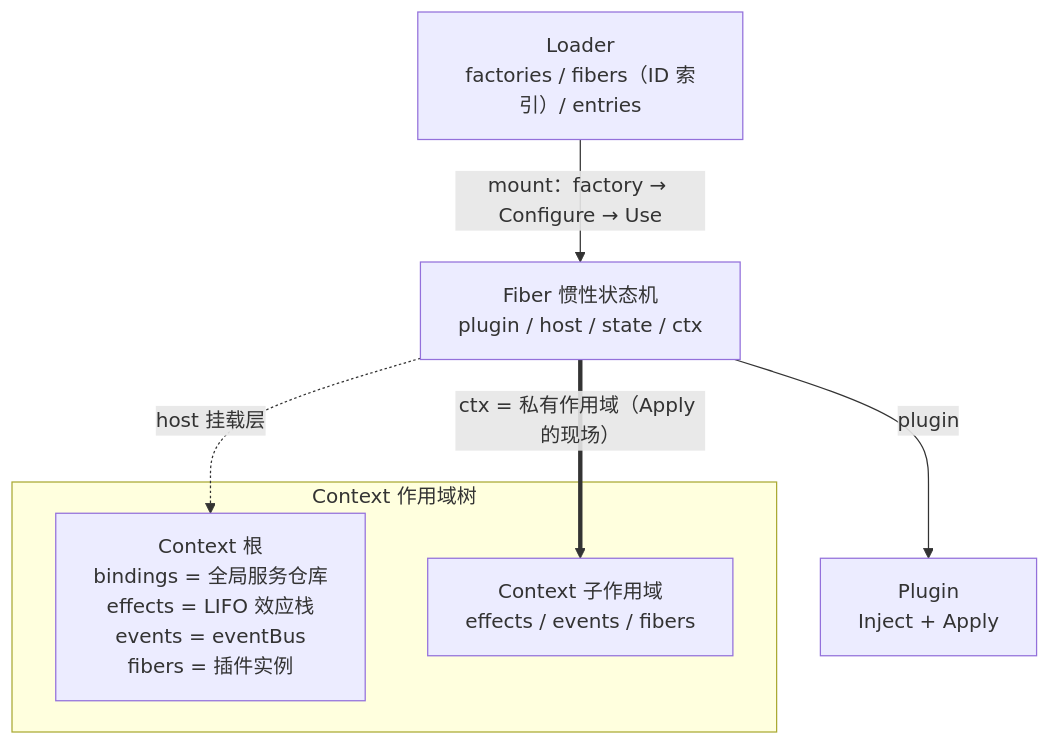
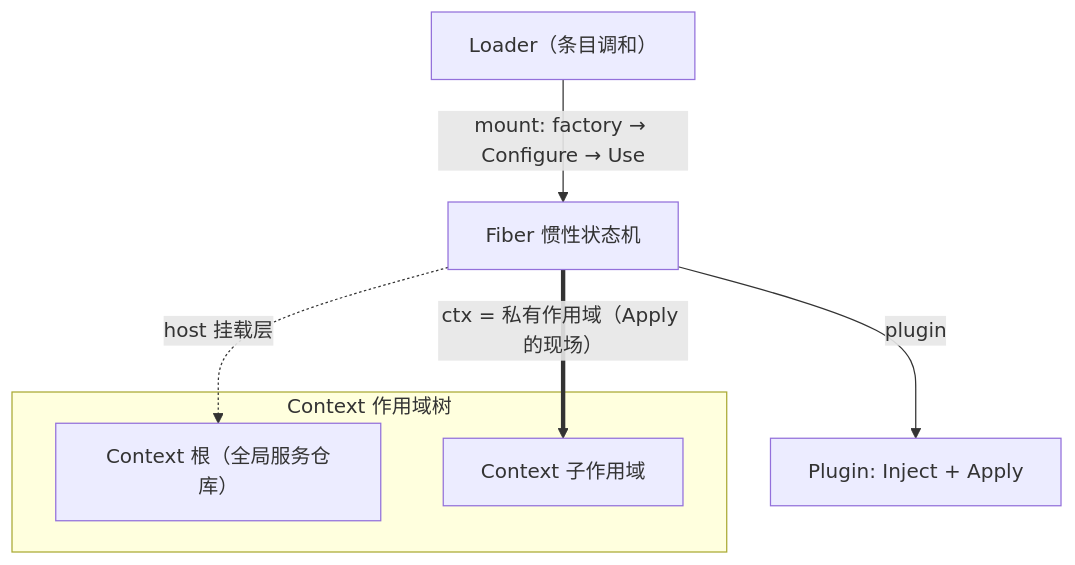
Before and after one commit to Luo-root/pulse: the first of 2 diagrams in kernel/README_zh.md, drawn with Mermaid. The commit also changed 3 other files, not shown here.

Commit message:
fix(site+docs): mermaid 图单行短 label + CJK 行盒度量修正——节点文字完整显示（#123）

````diff
--- a/kernel/README_zh.md
+++ b/kernel/README_zh.md
@@ -36,14 +36,14 @@
 ```mermaid
 flowchart TB
     subgraph tree[Context 作用域树]
-        ROOT["Context 根<br>bindings = 全局服务仓库<br>effects = LIFO 效应栈<br>events = eventBus<br>fibers = 插件实例"]
-        CHILD["Context 子作用域<br>effects / events / fibers"]
+        ROOT["Context 根（全局服务仓库）"]
+        CHILD["Context 子作用域"]
     end
-    LOADER["Loader<br>factories / fibers（ID 索引）/ entries"]
-    FIBER["Fiber 惯性状态机<br>plugin / host / state / ctx"]
-    PLUGIN["Plugin<br>Inject + Apply"]
-    LOADER -- "mount：factory → Configure → Use" --> FIBER
+    LOADER["Loader（条目调和）"]
+    FIBER["Fiber 惯性状态机"]
+    PLUGIN["Plugin: Inject + Apply"]
+    LOADER -- "mount: factory → Configure → Use" --> FIBER
     FIBER -.->|"host 挂载层"| ROOT
     FIBER ==>|"ctx = 私有作用域（Apply 的现场）"| CHILD
     FIBER -- "plugin" --> PLUGIN
 ```
````
